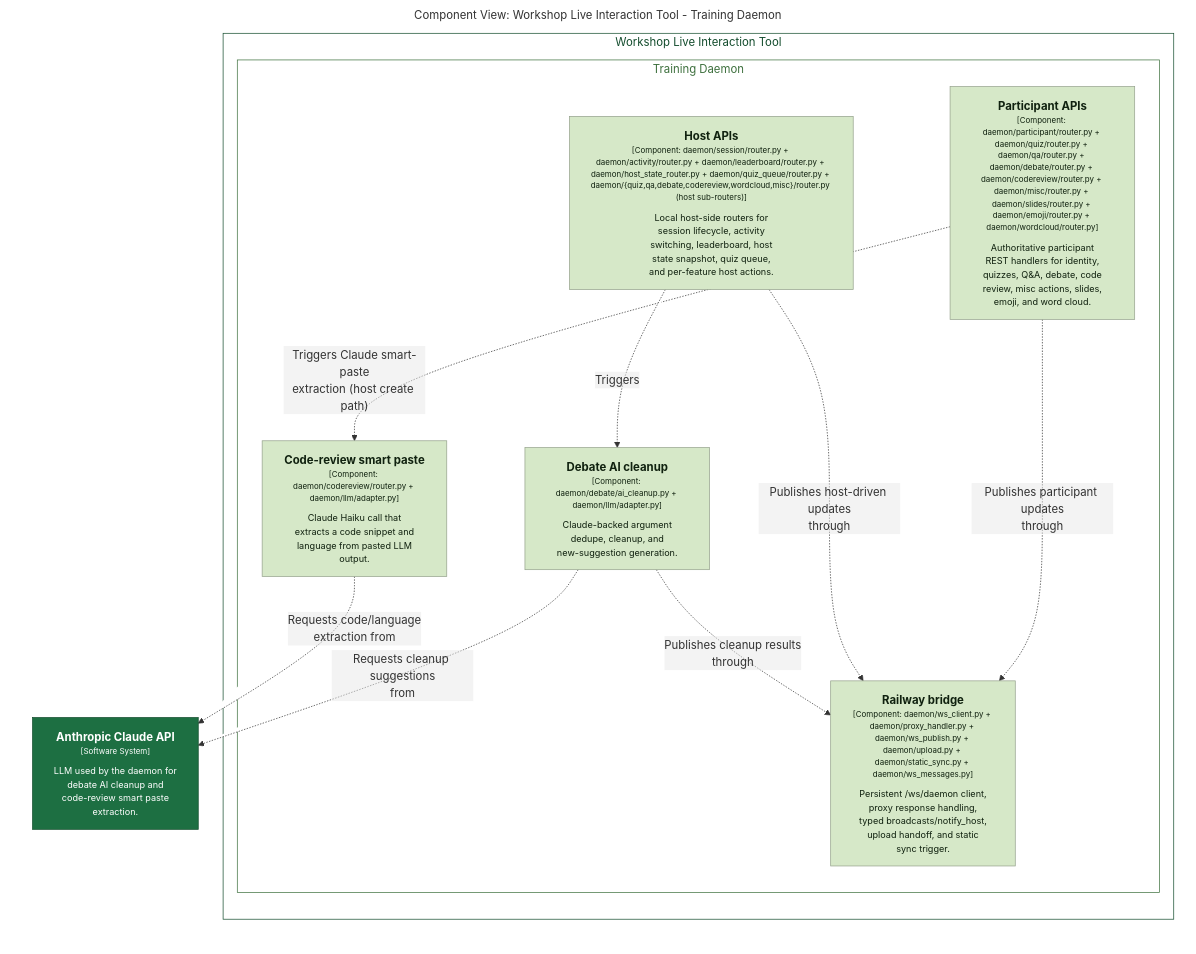
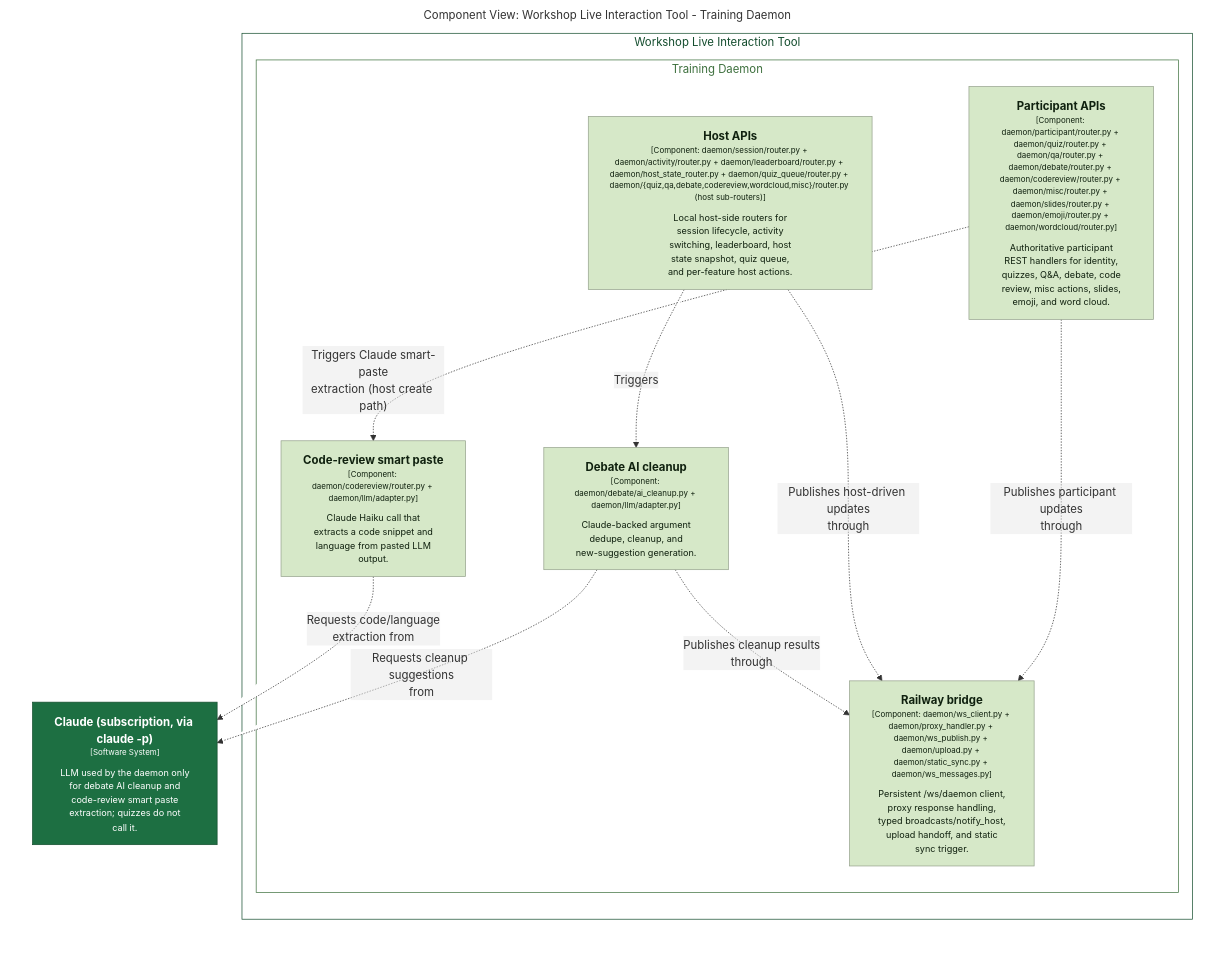
One commit to victorrentea/training-assistant changed the diagram in docs/c4views/C3-Daemon-Ai.mmd. Above: the diagram before and after it, drawn with Mermaid. The commit also changed 45 other files, not shown here.

```diff
--- a/docs/c4views/C3-Daemon-Ai.mmd
+++ b/docs/c4views/C3-Daemon-Ai.mmd
@@ -1,38 +1,38 @@
 graph LR
   linkStyle default fill:#ffffff
 
   subgraph diagram ["Component View: Workshop Live Interaction Tool - Training Daemon"]
     style diagram fill:#ffffff,stroke:#ffffff
 
-    3["<div style='font-weight: bold'>Anthropic Claude API</div><div style='font-size: 70%; margin-top: 0px'>[Software System]</div><div style='font-size: 80%; margin-top:10px'>LLM used by the daemon for<br />debate AI cleanup and<br />code-review smart paste<br />extraction.</div>"]
+    3["<div style='font-weight: bold'>Claude (subscription, via claude -p)</div><div style='font-size: 70%; margin-top: 0px'>[Software System]</div><div style='font-size: 80%; margin-top:10px'>LLM used by the daemon only<br />for debate AI cleanup and<br />code-review smart paste<br />extraction; quizzes do not<br />call it.</div>"]
     style 3 fill:#1d6f42,stroke:#144d2e,color:#ffffff
 
     subgraph 11 ["Workshop Live Interaction Tool"]
       style 11 fill:#ffffff,stroke:#144d2e,color:#144d2e
 
-      subgraph 24 ["Training Daemon"]
-        style 24 fill:#ffffff,stroke:#3e703e,color:#3e703e
+      subgraph 23 ["Training Daemon"]
+        style 23 fill:#ffffff,stroke:#3e703e,color:#3e703e
 
-        27["<div style='font-weight: bold'>Participant APIs</div><div style='font-size: 70%; margin-top: 0px'>[Component: daemon/participant/router.py + daemon/quiz/router.py + daemon/qa/router.py + daemon/debate/router.py + daemon/codereview/router.py + daemon/misc/router.py + daemon/slides/router.py + daemon/emoji/router.py + daemon/wordcloud/router.py]</div><div style='font-size: 80%; margin-top:10px'>Authoritative participant<br />REST handlers for identity,<br />quizzes, Q&A, debate, code<br />review, misc actions, slides,<br />emoji, and word cloud.</div>"]
+        26["<div style='font-weight: bold'>Participant APIs</div><div style='font-size: 70%; margin-top: 0px'>[Component: daemon/participant/router.py + daemon/quiz/router.py + daemon/qa/router.py + daemon/debate/router.py + daemon/codereview/router.py + daemon/misc/router.py + daemon/slides/router.py + daemon/emoji/router.py + daemon/wordcloud/router.py]</div><div style='font-size: 80%; margin-top:10px'>Authoritative participant<br />REST handlers for identity,<br />quizzes, Q&A, debate, code<br />review, misc actions, slides,<br />emoji, and word cloud.</div>"]
+        style 26 fill:#d6e8c8,stroke:#95a28c,color:#10210f
+        27["<div style='font-weight: bold'>Host APIs</div><div style='font-size: 70%; margin-top: 0px'>[Component: daemon/session/router.py + daemon/activity/router.py + daemon/leaderboard/router.py + daemon/host_state_router.py + daemon/quiz_queue/router.py + daemon/{quiz,qa,debate,codereview,wordcloud,misc}/router.py (host sub-routers)]</div><div style='font-size: 80%; margin-top:10px'>Local host-side routers for<br />session lifecycle, activity<br />switching, leaderboard, host<br />state snapshot, quiz queue,<br />and per-feature host actions.</div>"]
         style 27 fill:#d6e8c8,stroke:#95a28c,color:#10210f
-        28["<div style='font-weight: bold'>Host APIs</div><div style='font-size: 70%; margin-top: 0px'>[Component: daemon/session/router.py + daemon/activity/router.py + daemon/leaderboard/router.py + daemon/host_state_router.py + daemon/quiz_queue/router.py + daemon/{quiz,qa,debate,codereview,wordcloud,misc}/router.py (host sub-routers)]</div><div style='font-size: 80%; margin-top:10px'>Local host-side routers for<br />session lifecycle, activity<br />switching, leaderboard, host<br />state snapshot, quiz queue,<br />and per-feature host actions.</div>"]
-        style 28 fill:#d6e8c8,stroke:#95a28c,color:#10210f
-        31["<div style='font-weight: bold'>Railway bridge</div><div style='font-size: 70%; margin-top: 0px'>[Component: daemon/ws_client.py + daemon/proxy_handler.py + daemon/ws_publish.py + daemon/upload.py + daemon/static_sync.py + daemon/ws_messages.py]</div><div style='font-size: 80%; margin-top:10px'>Persistent /ws/daemon client,<br />proxy response handling,<br />typed broadcasts/notify_host,<br />upload handoff, and static<br />sync trigger.</div>"]
-        style 31 fill:#d6e8c8,stroke:#95a28c,color:#10210f
-        33["<div style='font-weight: bold'>Debate AI cleanup</div><div style='font-size: 70%; margin-top: 0px'>[Component: daemon/debate/ai_cleanup.py + daemon/llm/adapter.py]</div><div style='font-size: 80%; margin-top:10px'>Claude-backed argument<br />dedupe, cleanup, and<br />new-suggestion generation.</div>"]
+        30["<div style='font-weight: bold'>Railway bridge</div><div style='font-size: 70%; margin-top: 0px'>[Component: daemon/ws_client.py + daemon/proxy_handler.py + daemon/ws_publish.py + daemon/upload.py + daemon/static_sync.py + daemon/ws_messages.py]</div><div style='font-size: 80%; margin-top:10px'>Persistent /ws/daemon client,<br />proxy response handling,<br />typed broadcasts/notify_host,<br />upload handoff, and static<br />sync trigger.</div>"]
+        style 30 fill:#d6e8c8,stroke:#95a28c,color:#10210f
+        32["<div style='font-weight: bold'>Debate AI cleanup</div><div style='font-size: 70%; margin-top: 0px'>[Component: daemon/debate/ai_cleanup.py + daemon/llm/adapter.py]</div><div style='font-size: 80%; margin-top:10px'>Claude-backed argument<br />dedupe, cleanup, and<br />new-suggestion generation.</div>"]
+        style 32 fill:#d6e8c8,stroke:#95a28c,color:#10210f
+        33["<div style='font-weight: bold'>Code-review smart paste</div><div style='font-size: 70%; margin-top: 0px'>[Component: daemon/codereview/router.py + daemon/llm/adapter.py]</div><div style='font-size: 80%; margin-top:10px'>Claude Haiku call that<br />extracts a code snippet and<br />language from pasted LLM<br />output.</div>"]
         style 33 fill:#d6e8c8,stroke:#95a28c,color:#10210f
-        34["<div style='font-weight: bold'>Code-review smart paste</div><div style='font-size: 70%; margin-top: 0px'>[Component: daemon/codereview/router.py + daemon/llm/adapter.py]</div><div style='font-size: 80%; margin-top:10px'>Claude Haiku call that<br />extracts a code snippet and<br />language from pasted LLM<br />output.</div>"]
-        style 34 fill:#d6e8c8,stroke:#95a28c,color:#10210f
       end
 
     end
 
-    27-. "<div>Publishes participant updates<br />through</div><div style='font-size: 70%'></div>" .->31
-    27-. "<div>Triggers Claude smart-paste<br />extraction (host create path)</div><div style='font-size: 70%'></div>" .->34
-    28-. "<div>Publishes host-driven updates<br />through</div><div style='font-size: 70%'></div>" .->31
-    28-. "<div>Triggers</div><div style='font-size: 70%'></div>" .->33
-    33-. "<div>Requests cleanup suggestions<br />from</div><div style='font-size: 70%'></div>" .->3
-    33-. "<div>Publishes cleanup results<br />through</div><div style='font-size: 70%'></div>" .->31
-    34-. "<div>Requests code/language<br />extraction from</div><div style='font-size: 70%'></div>" .->3
+    26-. "<div>Publishes participant updates<br />through</div><div style='font-size: 70%'></div>" .->30
+    26-. "<div>Triggers Claude smart-paste<br />extraction (host create path)</div><div style='font-size: 70%'></div>" .->33
+    27-. "<div>Publishes host-driven updates<br />through</div><div style='font-size: 70%'></div>" .->30
+    27-. "<div>Triggers</div><div style='font-size: 70%'></div>" .->32
+    32-. "<div>Requests cleanup suggestions<br />from</div><div style='font-size: 70%'></div>" .->3
+    32-. "<div>Publishes cleanup results<br />through</div><div style='font-size: 70%'></div>" .->30
+    33-. "<div>Requests code/language<br />extraction from</div><div style='font-size: 70%'></div>" .->3
 
   end
```
